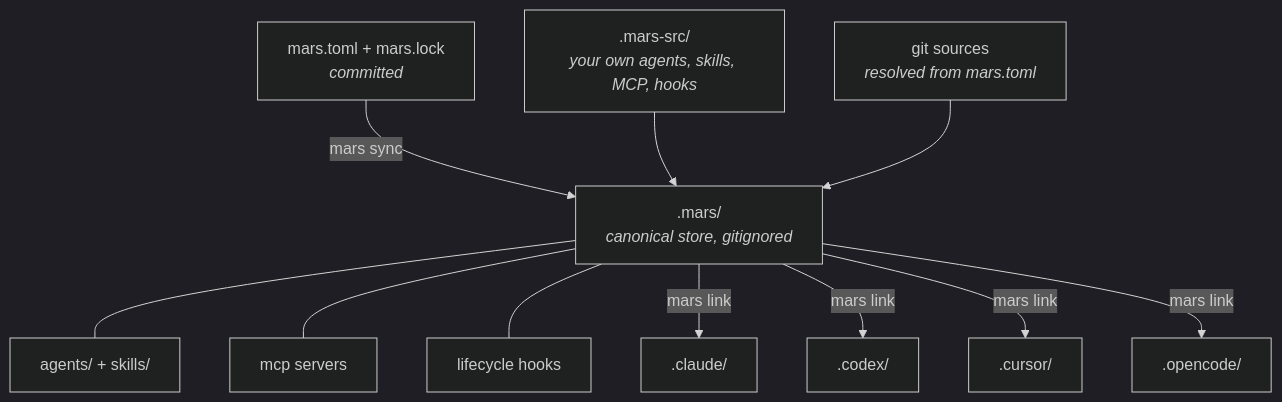
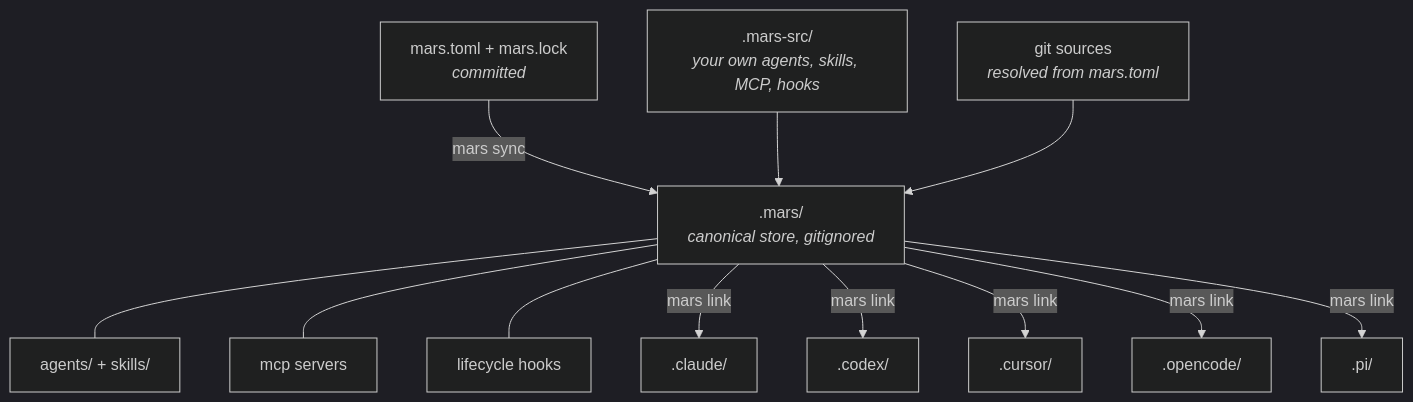
The diagram in README.md (haowjy/mars-agents), drawn with Mermaid (dark theme) before and after one commit. The commit also changed other lines of this file and 11 other files, not shown here.

````diff
--- a/README.md
+++ b/README.md
@@ -116,29 +116,31 @@
 ```mermaid
 flowchart TD
     sources["mars.toml + mars.lock<br/><i>committed</i>"]
     local[".mars-src/<br/><i>your own agents, skills, MCP, hooks</i>"]
     git["git sources<br/><i>resolved from mars.toml</i>"]
 
     canonical[".mars/<br/><i>canonical store, gitignored</i>"]
     agents["agents/ + skills/"]
     mcp["mcp servers"]
     hooks["lifecycle hooks"]
 
     claude[".claude/"]
     codex[".codex/"]
     cursor[".cursor/"]
     opencode[".opencode/"]
+    pi[".pi/"]
 
     sources --> |mars sync| canonical
     local --> canonical
     git --> canonical
 
     canonical --- agents
     canonical --- mcp
     canonical --- hooks
 
     canonical --> |mars link| claude
     canonical --> |mars link| codex
     canonical --> |mars link| cursor
     canonical --> |mars link| opencode
+    canonical --> |mars link| pi
 ```
````
